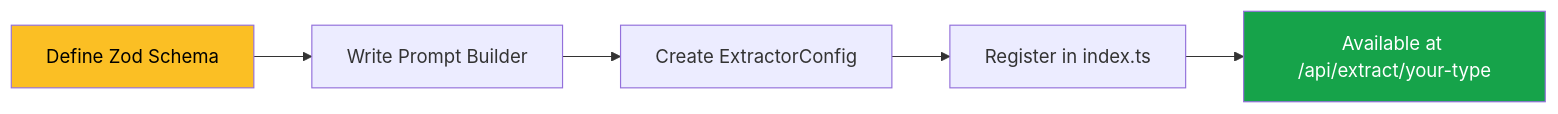
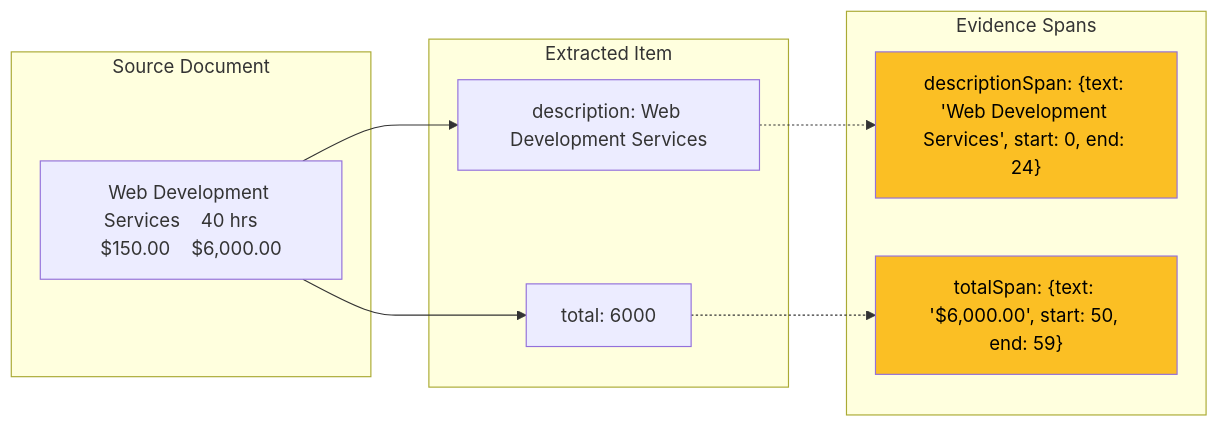
The third of 4 diagrams in patterns/resilient-extraction/README.md (ChainSpark-Global-LLC/chainspark-oss), drawn with Mermaid before and after one commit. The commit also changed other lines of this file, not shown here.

First line of the commit message:
docs: add comprehensive source grounding documentation

````diff
--- a/patterns/resilient-extraction/README.md
+++ b/patterns/resilient-extraction/README.md
@@ -160,10 +156,24 @@
 ```mermaid
 flowchart LR
-    A[Define Zod Schema] --> B[Write Prompt Builder]
-    B --> C[Create ExtractorConfig]
-    C --> D[Register in index.ts]
-    D --> E[Available at /api/extract/your-type]
+    subgraph "Source Document"
+        A["Web Development Services    40 hrs    $150.00    $6,000.00"]
+    end
     
-    style A fill:#fbbf24,color:#000
-    style E fill:#16a34a,color:#fff
+    subgraph "Extracted Item"
+        B[description: Web Development Services]
+        C[total: 6000]
+    end
+    
+    subgraph "Evidence Spans"
+        D["descriptionSpan: {text: 'Web Development Services', start: 0, end: 24}"]
+        E["totalSpan: {text: '$6,000.00', start: 50, end: 59}"]
+    end
+    
+    A --> B
+    A --> C
+    B -.-> D
+    C -.-> E
+    
+    style D fill:#fbbf24,color:#000
+    style E fill:#fbbf24,color:#000
 ```
````
